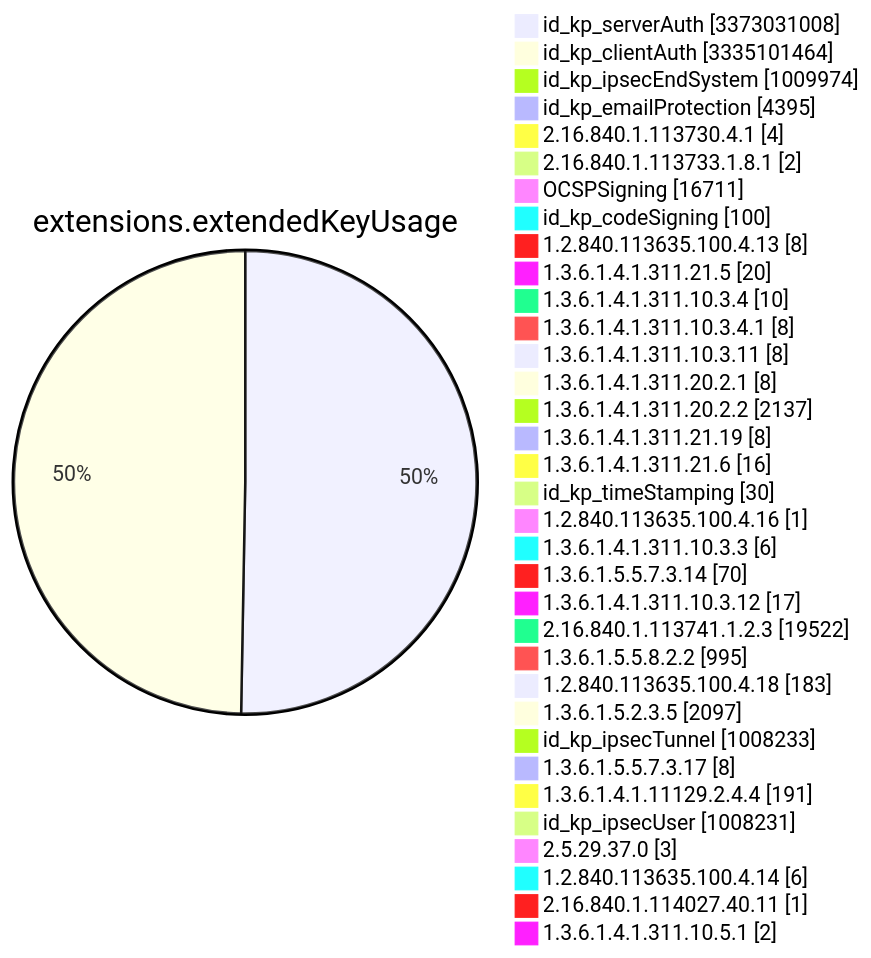
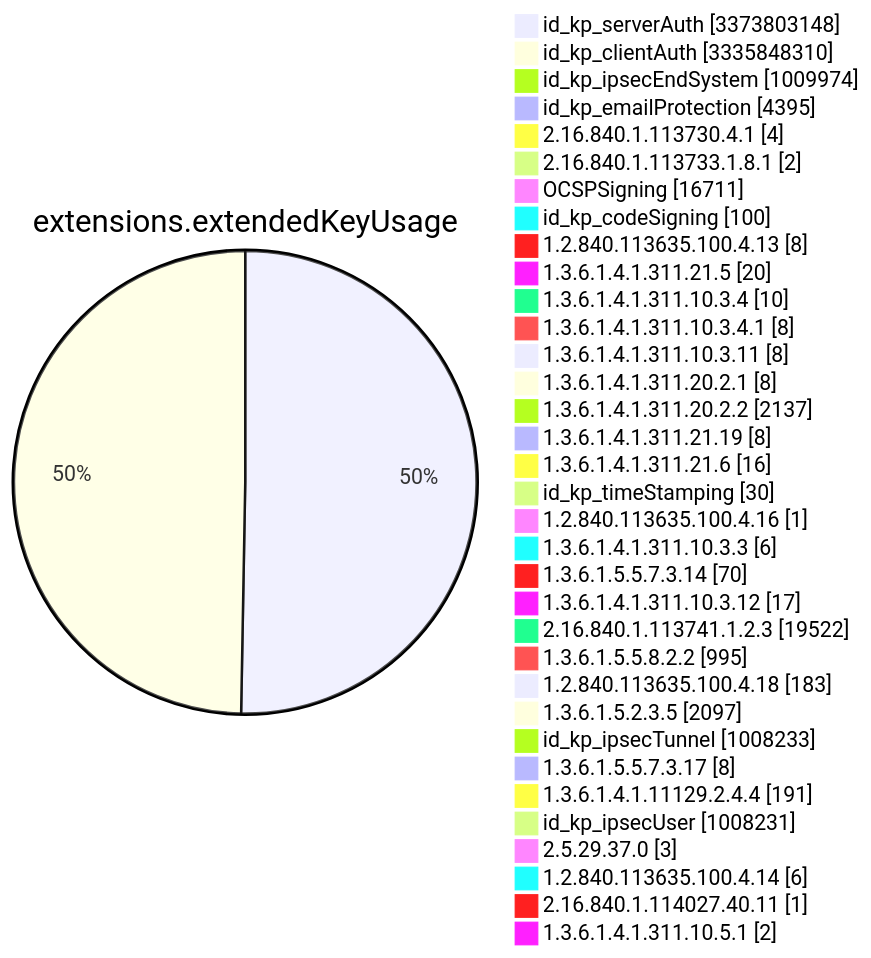
Before and after one commit to christiankrug/ctmonitor_visualization: diagram 11 of 15 in TOTAL/README.md, drawn with Mermaid. The commit also changed other lines of this file, not shown here.

````diff
--- a/TOTAL/README.md
+++ b/TOTAL/README.md
@@ -4120,38 +4120,38 @@
 ```mermaid
 pie showData
 title extensions.extendedKeyUsage
-"id_kp_serverAuth" :3373031008
-"id_kp_clientAuth" :3335101464
+"id_kp_serverAuth" :3373803148
+"id_kp_clientAuth" :3335848310
 "id_kp_ipsecEndSystem" :1009974
 "id_kp_emailProtection" :4395
 "2.16.840.1.113730.4.1" :4
 "2.16.840.1.113733.1.8.1" :2
 "OCSPSigning" :16711
 "id_kp_codeSigning" :100
 "1.2.840.113635.100.4.13" :8
 "1.3.6.1.4.1.311.21.5" :20
 "1.3.6.1.4.1.311.10.3.4" :10
 "1.3.6.1.4.1.311.10.3.4.1" :8
 "1.3.6.1.4.1.311.10.3.11" :8
 "1.3.6.1.4.1.311.20.2.1" :8
 "1.3.6.1.4.1.311.20.2.2" :2137
 "1.3.6.1.4.1.311.21.19" :8
 "1.3.6.1.4.1.311.21.6" :16
 "id_kp_timeStamping" :30
 "1.2.840.113635.100.4.16" :1
 "1.3.6.1.4.1.311.10.3.3" :6
 "1.3.6.1.5.5.7.3.14" :70
 "1.3.6.1.4.1.311.10.3.12" :17
 "2.16.840.1.113741.1.2.3" :19522
 "1.3.6.1.5.5.8.2.2" :995
 "1.2.840.113635.100.4.18" :183
 "1.3.6.1.5.2.3.5" :2097
 "id_kp_ipsecTunnel" :1008233
 "1.3.6.1.5.5.7.3.17" :8
 "1.3.6.1.4.1.11129.2.4.4" :191
 "id_kp_ipsecUser" :1008231
 "2.5.29.37.0" :3
 "1.2.840.113635.100.4.14" :6
 "2.16.840.1.114027.40.11" :1
 "1.3.6.1.4.1.311.10.5.1" :2
 ```
````
